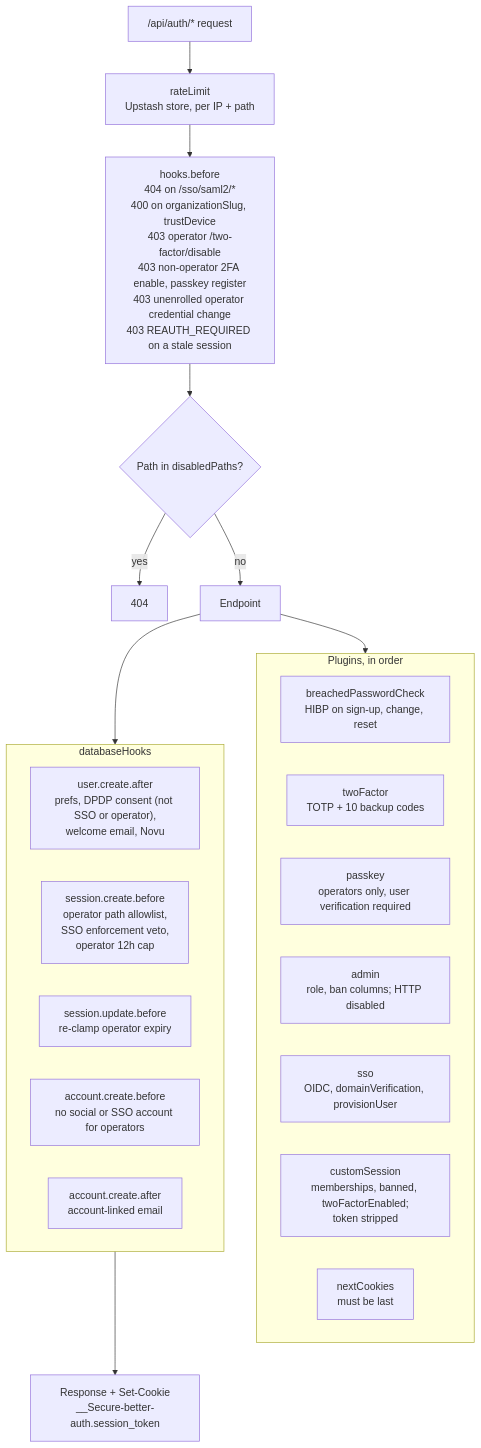
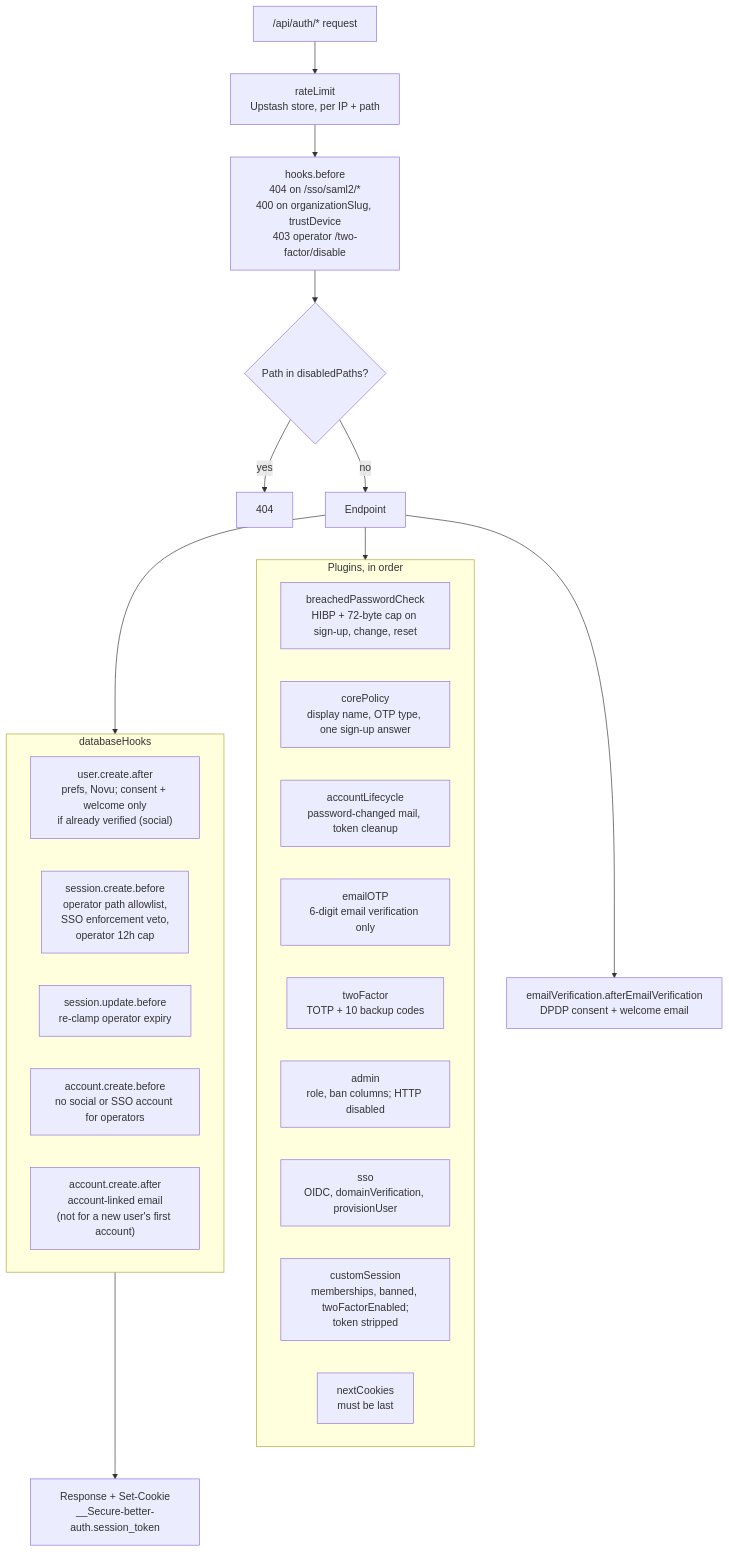
The first of 9 diagrams in docs/authentication/architecture.md (Practitionist/familiarise_web), drawn with Mermaid before and after one commit. The commit also changed other lines of this file and 51 other files, not shown here.

````diff
--- a/docs/authentication/architecture.md
+++ b/docs/authentication/architecture.md
@@ -27,31 +27,35 @@
 ```mermaid
 flowchart TD
   REQ["/api/auth/* request"] --> RL["rateLimit<br/>Upstash store, per IP + path"]
-  RL --> HB["hooks.before<br/>404 on /sso/saml2/*<br/>400 on organizationSlug, trustDevice<br/>403 operator /two-factor/disable<br/>403 non-operator 2FA enable, passkey register<br/>403 unenrolled operator credential change<br/>403 REAUTH_REQUIRED on a stale session"]
+  RL --> HB["hooks.before<br/>404 on /sso/saml2/*<br/>400 on organizationSlug, trustDevice<br/>403 operator /two-factor/disable"]
   HB --> DP{"Path in disabledPaths?"}
   DP -- yes --> X404["404"]
   DP -- no --> EP["Endpoint"]
 
   subgraph Plugins["Plugins, in order"]
-    P1["breachedPasswordCheck<br/>HIBP on sign-up, change, reset"]
+    P1["breachedPasswordCheck<br/>HIBP + 72-byte cap on sign-up, change, reset"]
+    P1a["corePolicy<br/>display name, OTP type, one sign-up answer"]
+    P1b["accountLifecycle<br/>password-changed mail, token cleanup"]
+    P1c["emailOTP<br/>6-digit email verification only"]
     P2["twoFactor<br/>TOTP + 10 backup codes"]
-    P3["passkey<br/>operators only, user verification required"]
-    P4["admin<br/>role, ban columns; HTTP disabled"]
-    P5["sso<br/>OIDC, domainVerification, provisionUser"]
-    P6["customSession<br/>memberships, banned, twoFactorEnabled;<br/>token stripped"]
-    P7["nextCookies<br/>must be last"]
+    P3["admin<br/>role, ban columns; HTTP disabled"]
+    P4["sso<br/>OIDC, domainVerification, provisionUser"]
+    P5["customSession<br/>memberships, banned, twoFactorEnabled;<br/>token stripped"]
+    P6["nextCookies<br/>must be last"]
   end
 
   EP --> Plugins
   EP --> DBH
 
   subgraph DBH["databaseHooks"]
-    H1["user.create.after<br/>prefs, DPDP consent (not SSO or operator),<br/>welcome email, Novu"]
+    H1["user.create.after<br/>prefs, Novu; consent + welcome only<br/>if already verified (social)"]
     H2["session.create.before<br/>operator path allowlist,<br/>SSO enforcement veto,<br/>operator 12h cap"]
     H3["session.update.before<br/>re-clamp operator expiry"]
     H4["account.create.before<br/>no social or SSO account for operators"]
-    H5["account.create.after<br/>account-linked email"]
+    H5["account.create.after<br/>account-linked email<br/>(not for a new user's first account)"]
   end
+
+  EP --> EV["emailVerification.afterEmailVerification<br/>DPDP consent + welcome email"]
 
   DBH --> RESP["Response + Set-Cookie<br/>__Secure-better-auth.session_token"]
 ```
````
